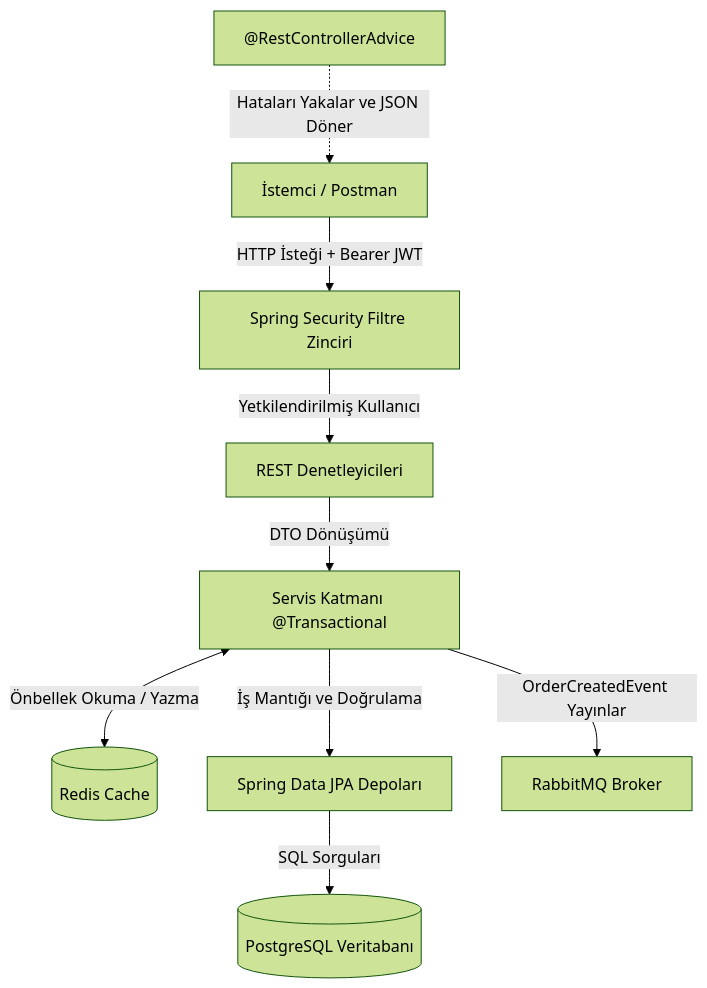
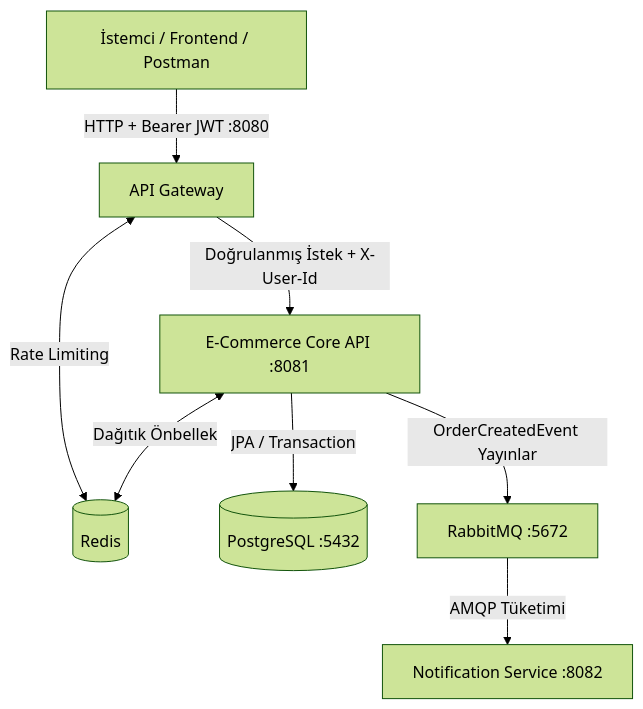
The second of 2 diagrams in README.md (yusufkayiss/ecommerce-core-api), drawn with Mermaid (forest theme) before and after one commit. The commit also changed other lines of this file, not shown here.

First line of the commit message:
Revise README for E-Commerce Microservices Platform

````diff
--- a/README.md
+++ b/README.md
@@ -104,14 +115,13 @@
 ```mermaid
 graph TD
-    Client[İstemci / Postman] -->|HTTP İsteği + Bearer JWT| Security[Spring Security Filtre Zinciri]
-    Security -->|Yetkilendirilmiş Kullanıcı| Controller[REST Denetleyicileri]
-    Controller -->|DTO Dönüşümü| Service["Servis Katmanı @Transactional"]
+    Client[İstemci / Frontend / Postman] -->|HTTP + Bearer JWT :8080| Gateway[API Gateway]
     
-    Service <-->|Önbellek Okuma / Yazma| Redis[(Redis Cache)]
-    Service -->|İş Mantığı ve Doğrulama| Repo[Spring Data JPA Depoları]
-    Repo -->|SQL Sorguları| DB[(PostgreSQL Veritabanı)]
+    Gateway <-->|Rate Limiting| Redis[(Redis)]
+    Gateway -->|Doğrulanmış İstek + X-User-Id| CoreAPI[E-Commerce Core API :8081]
     
-    Service -->|OrderCreatedEvent Yayınlar| Rabbit[RabbitMQ Broker]
+    CoreAPI <-->|Dağıtık Önbellek| Redis
+    CoreAPI -->|JPA / Transaction| DB[(PostgreSQL :5432)]
+    CoreAPI -->|OrderCreatedEvent Yayınlar| Rabbit[RabbitMQ :5672]
     
-    GlobalHandler["@RestControllerAdvice"] -.->|Hataları Yakalar ve JSON Döner| Client
+    Rabbit -->|AMQP Tüketimi| Notif[Notification Service :8082]
 ```
````
